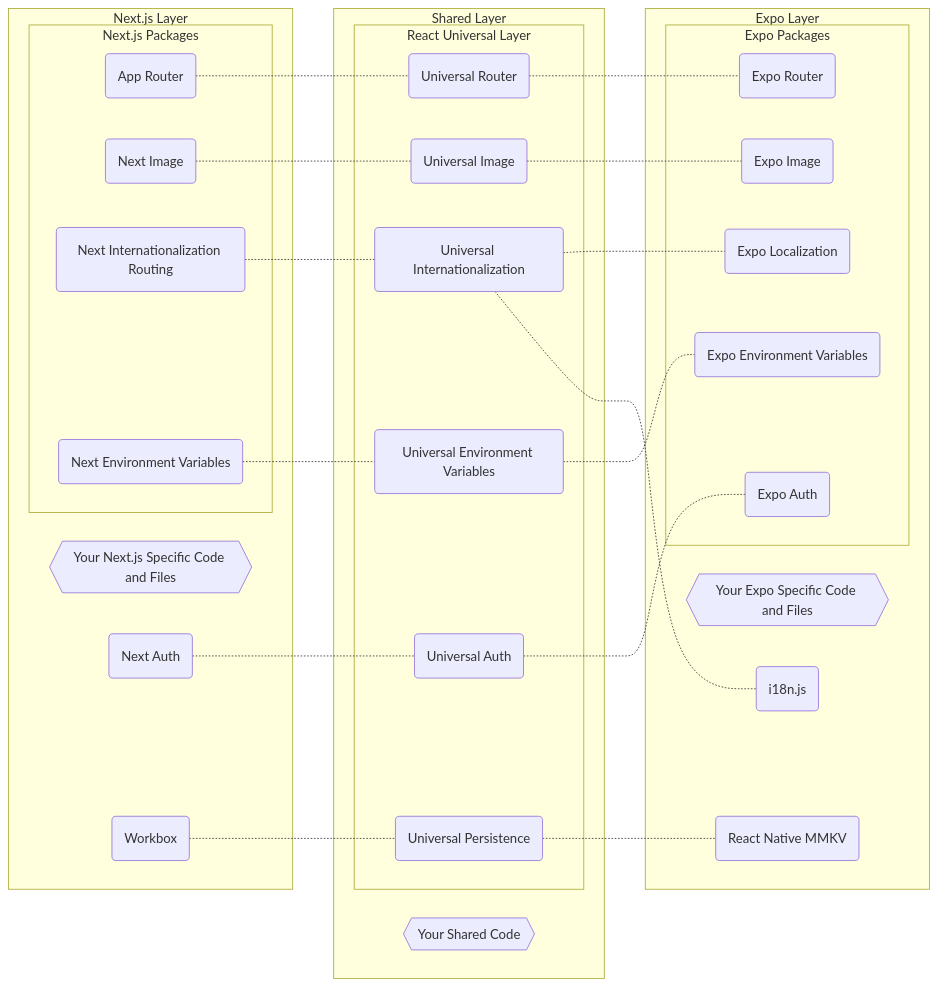
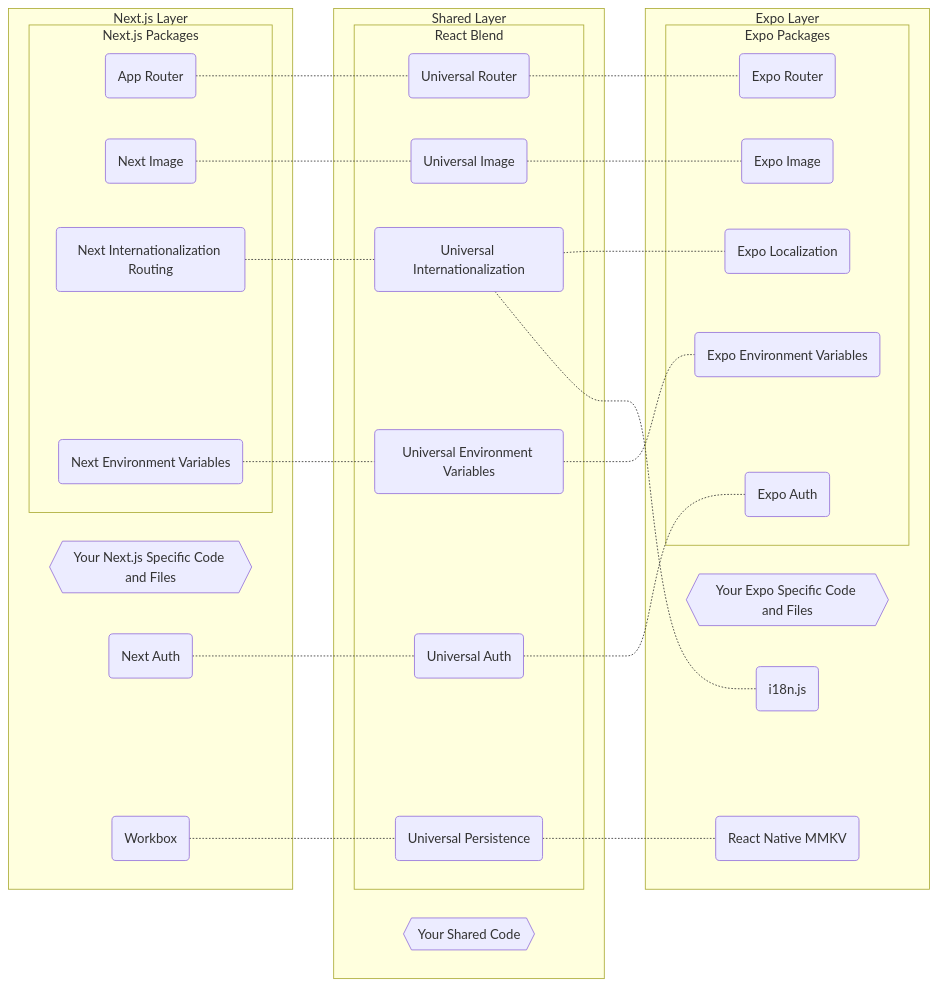
Before and after one commit to gloredo/react-blend: the diagram in README.md, drawn with Mermaid. The commit also changed other lines of this file and 3 other files, not shown here.

````diff
--- a/README.md
+++ b/README.md
@@ -53,73 +53,73 @@
 ```mermaid
 graph LR
 
 next-specific{{Your Next.js Specific Code and Files}}
 app-router(App Router)
 next-image(Next Image)
 next-auth(Next Auth)
 next-i18n(Next Internationalization Routing)
 next-env-vars(Next Environment Variables)
 workbox(Workbox)
 
 expo-specific{{Your Expo Specific Code and Files}}
 expo-router(Expo Router)
 expo-image(Expo Image)
 expo-auth(Expo Auth)
 expo-localization(Expo Localization)
 i18n-js(i18n.js)
 expo-env-vars(Expo Environment Variables)
 rn-mmkv(React Native MMKV)
 
 shared-code{{Your Shared Code}}
 rul-router(Universal Router)
 rul-image(Universal Image)
 rul-auth(Universal Auth)
 rul-internationalization(Universal Internationalization)
 rul-env-vars(Universal Environment Variables)
 rul-persistence(Universal Persistence)
 
 subgraph Next.js Layer
     next-specific
     subgraph Next.js Packages
         app-router
         next-image
         next-i18n
         next-env-vars
     end
     next-auth
     workbox
 end
 
 subgraph Expo Layer
     expo-specific
     subgraph Expo Packages
         expo-router
         expo-image
         expo-env-vars
         expo-localization
         expo-auth
     end
     i18n-js
     rn-mmkv
 end
 
 subgraph Shared Layer
     shared-code
-    subgraph React Universal Layer
+    subgraph React Blend
         rul-router
         rul-image
         rul-env-vars
         rul-internationalization
         rul-persistence
         rul-auth
     end
 end
 
 app-router -.- rul-router -.- expo-router
 next-image -.- rul-image -.- expo-image
 next-auth -.- rul-auth -.- expo-auth
 next-i18n -.- rul-internationalization -.- expo-localization
 rul-internationalization -.- i18n-js
 next-env-vars -.- rul-env-vars -.- expo-env-vars
 workbox -.- rul-persistence -.- rn-mmkv
 ```
````
